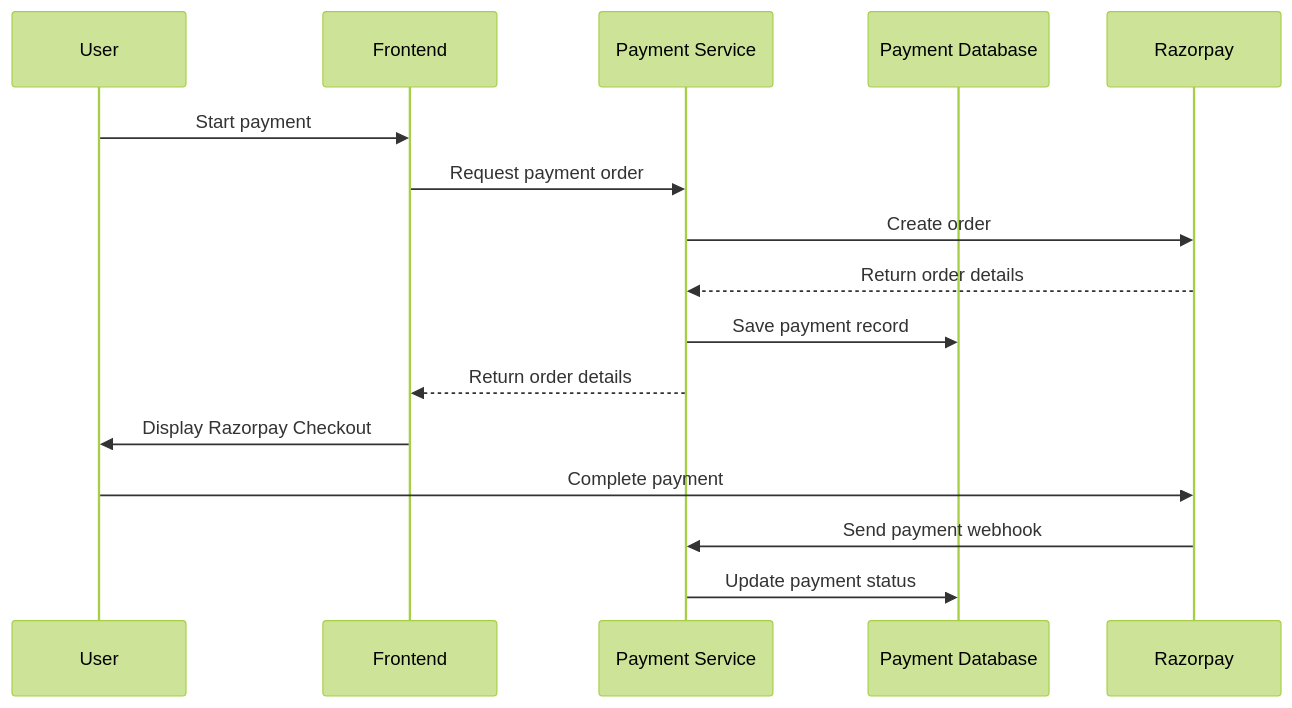
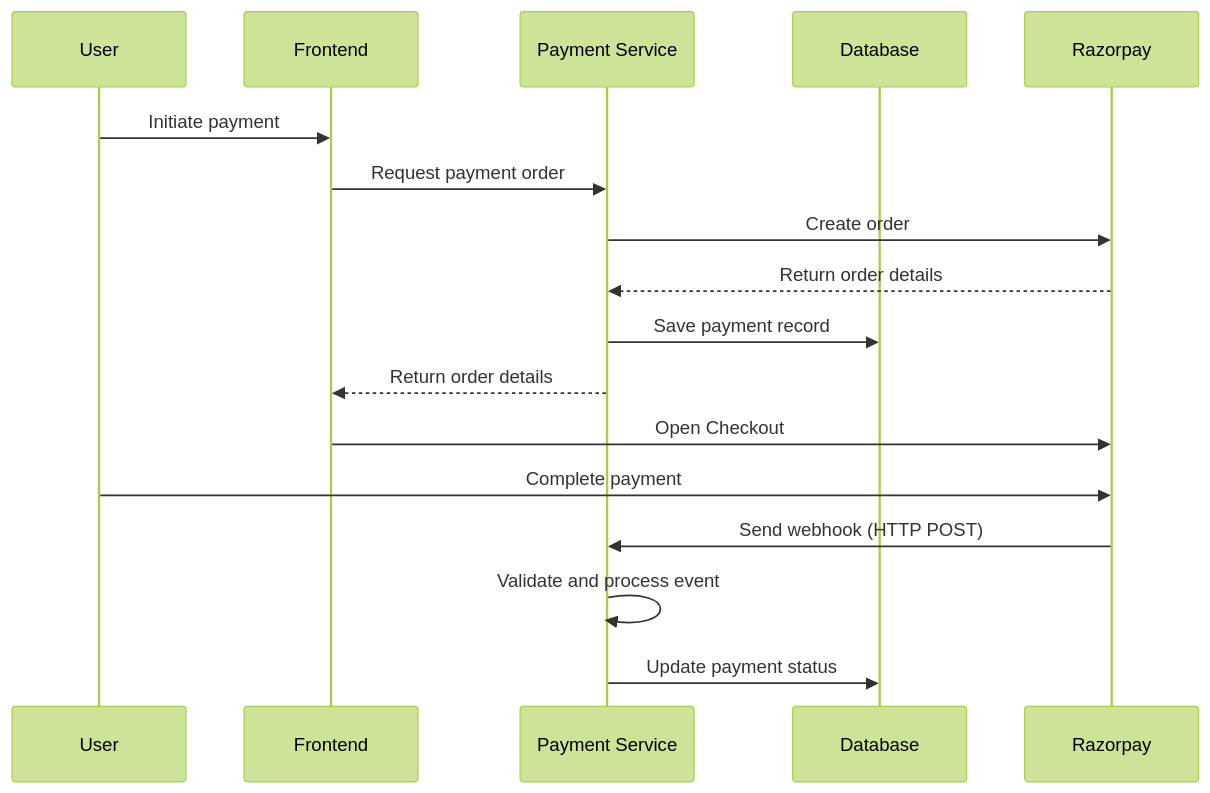
The fourth of 4 diagrams in README.md (brimazidane1/Banking-FraudDetectionSystem), drawn with Mermaid (forest theme) before and after one commit. The commit also changed other lines of this file, not shown here.

````diff
--- a/README.md
+++ b/README.md
@@ -272,19 +194,20 @@
-``` mermaid
+```mermaid
 sequenceDiagram
     participant User
     participant Frontend
     participant Backend as Payment Service
-    participant DB as Payment Database
+    participant DB as Database
     participant Razorpay
 
-    User->>Frontend: Start payment
+    User->>Frontend: Initiate payment
     Frontend->>Backend: Request payment order
     Backend->>Razorpay: Create order
     Razorpay-->>Backend: Return order details
     Backend->>DB: Save payment record
     Backend-->>Frontend: Return order details
-    Frontend->>User: Display Razorpay Checkout
+    Frontend->>Razorpay: Open Checkout
     User->>Razorpay: Complete payment
-    Razorpay->>Backend: Send payment webhook
+    Razorpay->>Backend: Send webhook (HTTP POST)
+    Backend->>Backend: Validate and process event
     Backend->>DB: Update payment status
 ```
````
